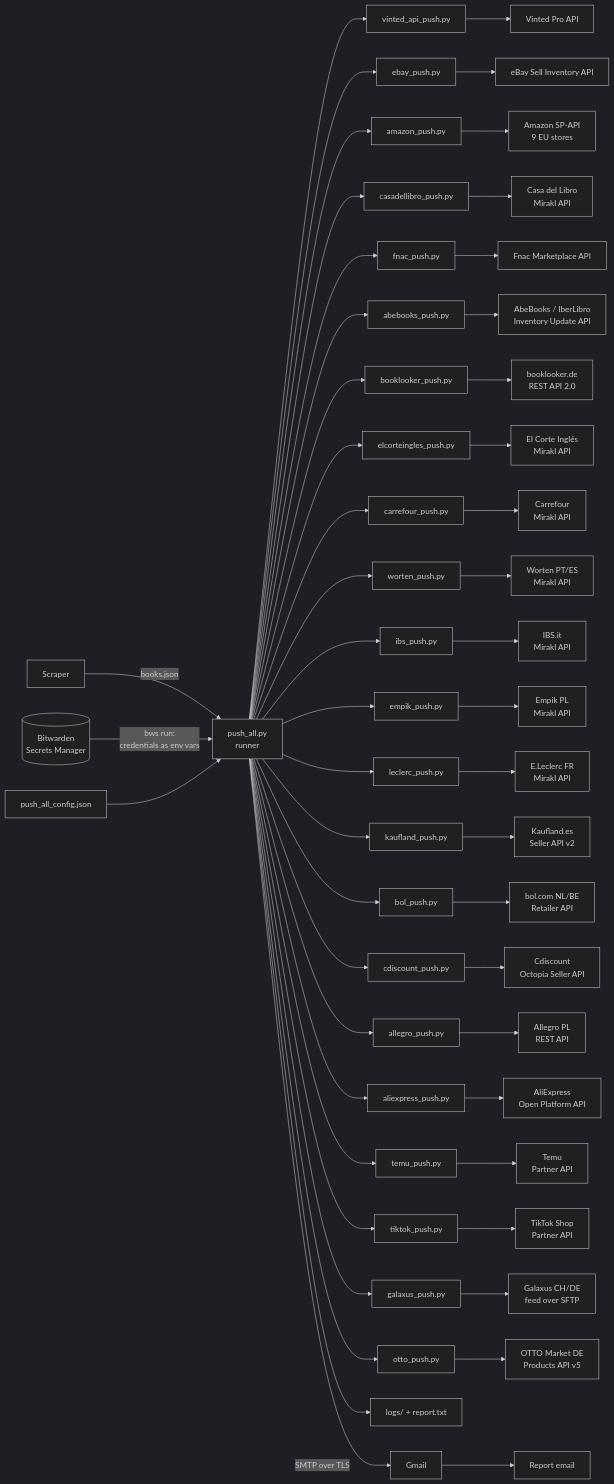
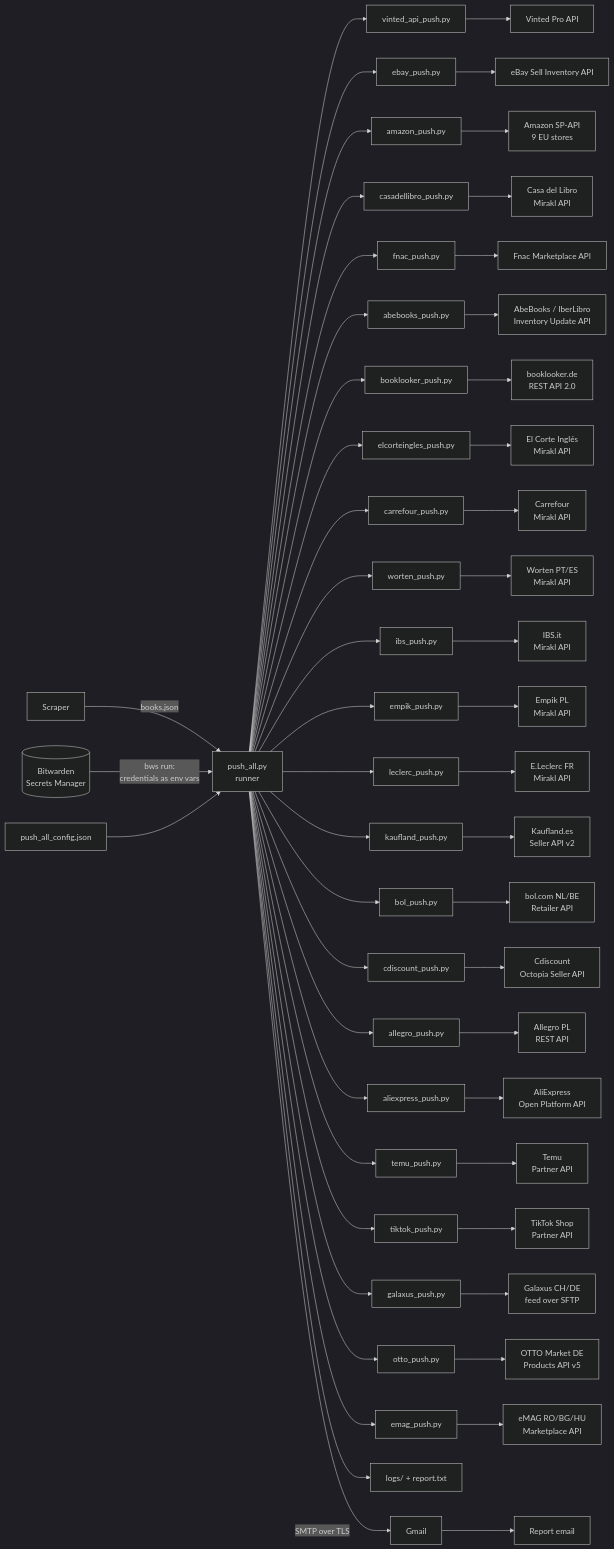
One commit to DavisGalla/products-api-push changed the diagram in docs/architecture.md. Above: the diagram before and after it, drawn with Mermaid (dark theme). The commit also changed other lines of this file and 13 other files, not shown here.

Commit message:
Add eMAG pusher (Marketplace API v4.5: find_by_eans, attach by PNK, price window, light offer/save; RO/BG/HU); include it in push_all, docs, architecture and capabilities PDFs

````diff
--- a/docs/architecture.md
+++ b/docs/architecture.md
@@ -29,30 +29,31 @@
 ```mermaid
 flowchart LR
     S[Scraper] -->|books.json| R
     BW[(Bitwarden<br>Secrets Manager)] -->|bws run:<br>credentials as env vars| R
     C[push_all_config.json] --> R
     R[push_all.py<br>runner] --> V[vinted_api_push.py] --> VA[Vinted Pro API]
     R --> E[ebay_push.py] --> EA[eBay Sell Inventory API]
     R --> A[amazon_push.py] --> AA[Amazon SP-API<br>9 EU stores]
     R --> CL[casadellibro_push.py] --> CLA[Casa del Libro<br>Mirakl API]
     R --> F[fnac_push.py] --> FA[Fnac Marketplace API]
     R --> AB[abebooks_push.py] --> ABA[AbeBooks / IberLibro<br>Inventory Update API]
     R --> BL[booklooker_push.py] --> BLA[booklooker.de<br>REST API 2.0]
     R --> EC[elcorteingles_push.py] --> ECA[El Corte Inglés<br>Mirakl API]
     R --> CF[carrefour_push.py] --> CFA[Carrefour<br>Mirakl API]
     R --> W[worten_push.py] --> WA[Worten PT/ES<br>Mirakl API]
     R --> IB[ibs_push.py] --> IBA[IBS.it<br>Mirakl API]
     R --> EM[empik_push.py] --> EMA[Empik PL<br>Mirakl API]
     R --> LE[leclerc_push.py] --> LEA[E.Leclerc FR<br>Mirakl API]
     R --> K[kaufland_push.py] --> KA[Kaufland.es<br>Seller API v2]
     R --> BO[bol_push.py] --> BOA[bol.com NL/BE<br>Retailer API]
     R --> CD[cdiscount_push.py] --> CDA[Cdiscount<br>Octopia Seller API]
     R --> AL[allegro_push.py] --> ALA[Allegro PL<br>REST API]
     R --> AE[aliexpress_push.py] --> AEA[AliExpress<br>Open Platform API]
     R --> TM[temu_push.py] --> TMA[Temu<br>Partner API]
     R --> TT[tiktok_push.py] --> TTA[TikTok Shop<br>Partner API]
     R --> GX[galaxus_push.py] --> GXA[Galaxus CH/DE<br>feed over SFTP]
     R --> OT[otto_push.py] --> OTA[OTTO Market DE<br>Products API v5]
+    R --> EG[emag_push.py] --> EGA[eMAG RO/BG/HU<br>Marketplace API]
     R --> L[logs/ + report.txt]
     R -->|SMTP over TLS| G[Gmail] --> M[Report email]
 ```
````
